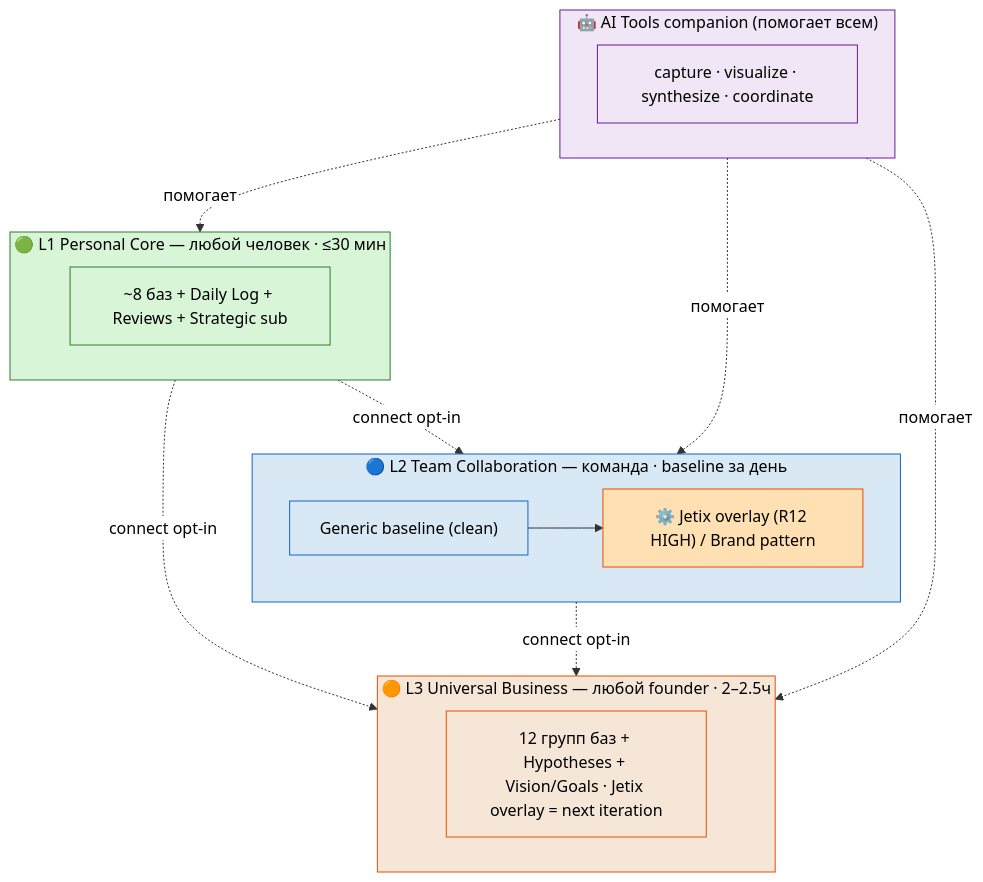
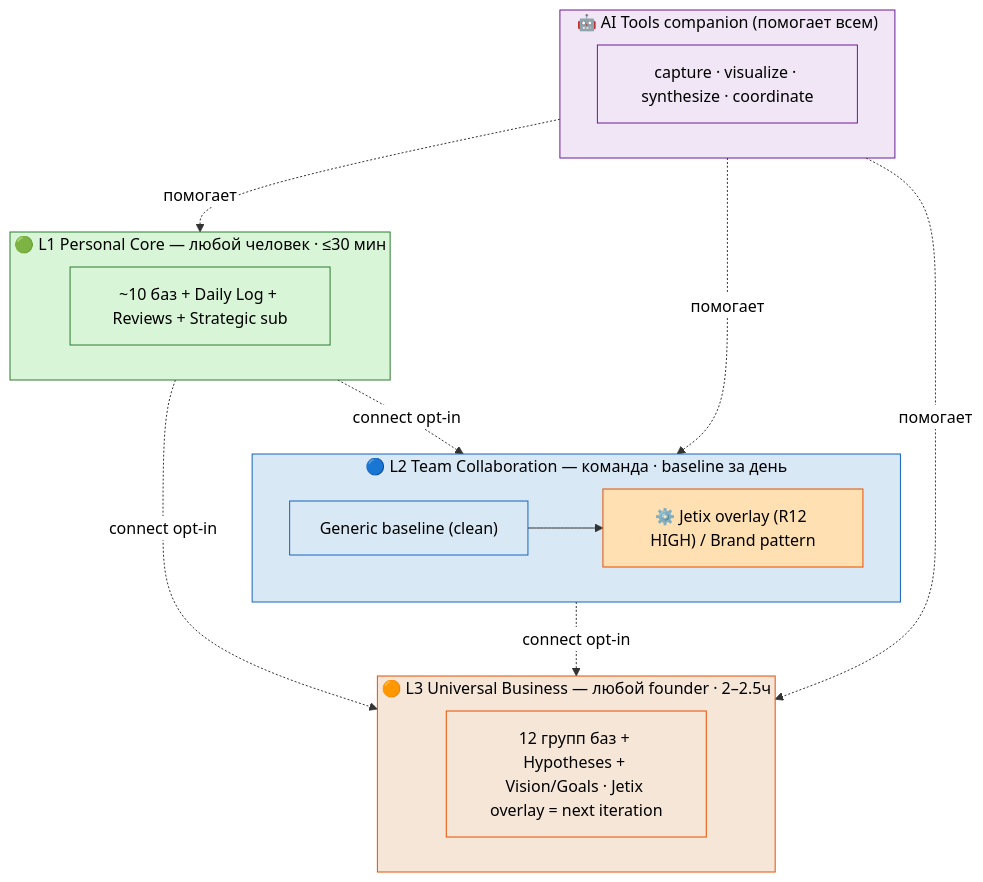
One commit to Bogersebekov/jetix-os changed the ninth of 9 diagrams in decisions/strategic/NOTION-TEMPLATES-3-LAYERS-ARCHITECTURE-V2-2026-05-25.md. Above: the diagram before and after it, drawn with Mermaid. The commit also changed other lines of this file and 5 other files, not shown here.

Commit message:
[notion-arch-v2] Layer 1: add Habits DB + Daily Log habits-tracking (Ruslan voice 25.05)

````diff
--- a/decisions/strategic/NOTION-TEMPLATES-3-LAYERS-ARCHITECTURE-V2-2026-05-25.md
+++ b/decisions/strategic/NOTION-TEMPLATES-3-LAYERS-ARCHITECTURE-V2-2026-05-25.md
@@ -1128,34 +1139,34 @@
 ```mermaid
 %%{init: {'theme':'base', 'themeVariables': {'primaryTextColor':'#000000','textColor':'#000000','lineColor':'#333333','primaryBorderColor':'#333333','primaryColor':'#fafafa','noteTextColor':'#000000','noteBkgColor':'#fff8d5','edgeLabelBackground':'#ffffff'}}}%%
 flowchart TB
     subgraph COMP["🤖 AI Tools companion (помогает всем)"]
         CTOOL["capture · visualize · synthesize · coordinate"]
     end
     subgraph L1["🟢 L1 Personal Core — любой человек · ≤30 мин"]
-        L1c["~8 баз + Daily Log + Reviews + Strategic sub"]
+        L1c["~10 баз + Daily Log + Reviews + Strategic sub"]
     end
     subgraph L2["🔵 L2 Team Collaboration — команда · baseline за день"]
         L2g["Generic baseline (clean)"]
         L2j["⚙️ Jetix overlay (R12 HIGH) / Brand pattern"]
         L2g --> L2j
     end
     subgraph L3["🟠 L3 Universal Business — любой founder · 2–2.5ч"]
         L3c["12 групп баз + Hypotheses + Vision/Goals · Jetix overlay = next iteration"]
     end
     L1 -. "connect opt-in" .-> L3
     L1 -. "connect opt-in" .-> L2
     L2 -. "connect opt-in" .-> L3
     COMP -. помогает .-> L1
     COMP -. помогает .-> L2
     COMP -. помогает .-> L3
     classDef green fill:#d8f5d8,stroke:#2e7d32,color:#000;
     classDef blue fill:#d8e8f5,stroke:#1565c0,color:#000;
     classDef jet fill:#ffe0b2,stroke:#e65100,color:#000;
     classDef orange fill:#f5e6d8,stroke:#e65100,color:#000;
     classDef comp fill:#f0e6f5,stroke:#6a1b9a,color:#000;
     class L1,L1c green;
     class L2,L2g blue;
     class L2j jet;
     class L3,L3c orange;
     class COMP,CTOOL comp;
 ```
````
